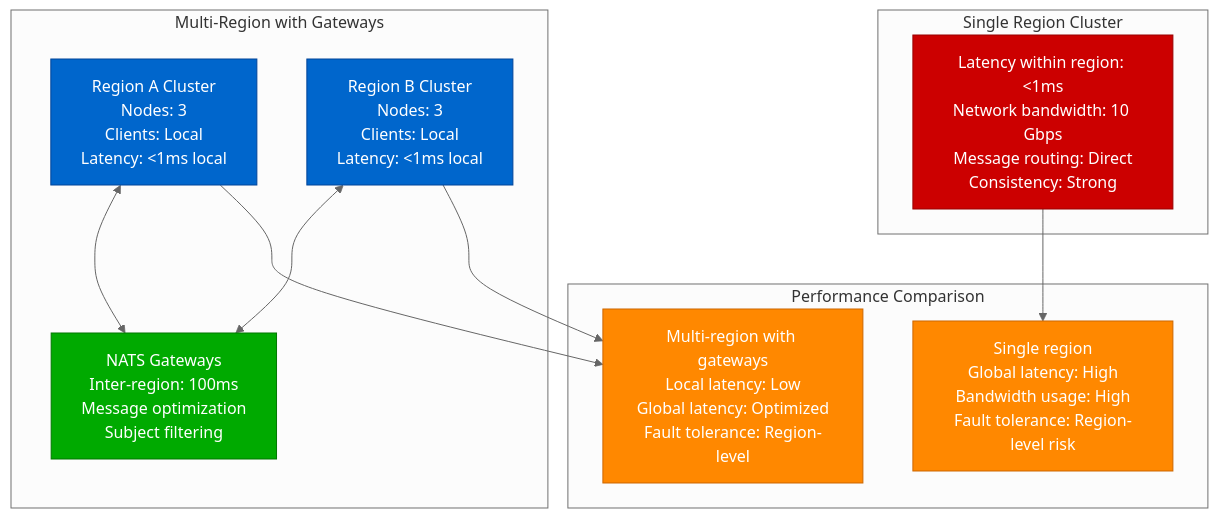
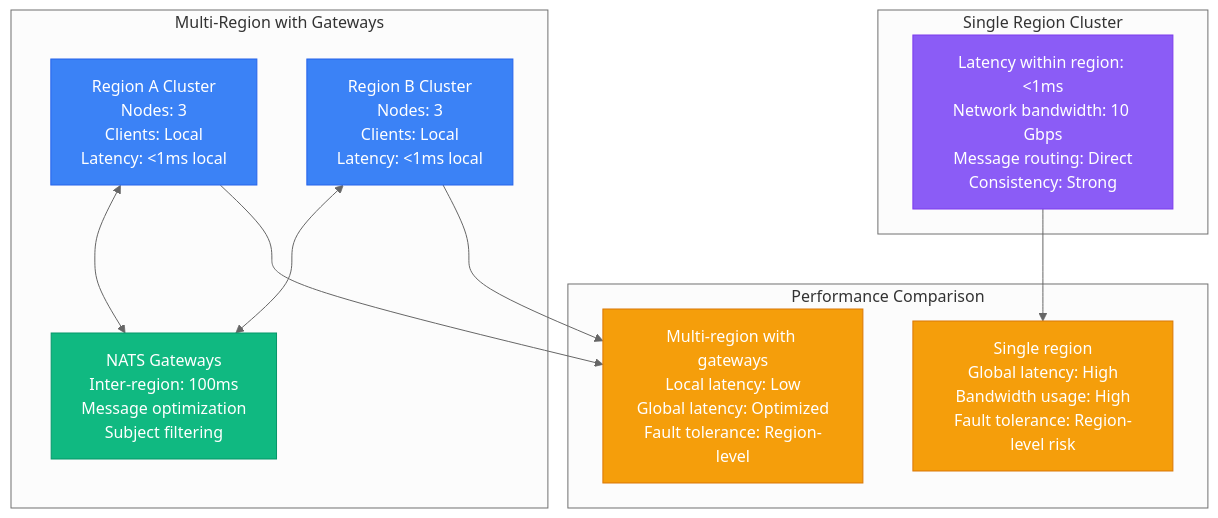
Before and after one commit to deepaucksharma/DS: the eighth of 13 diagrams in site/docs/performance/nats-performance-profile.md, drawn with Mermaid (neutral theme). The commit also changed other lines of this file and 303 other files, not shown here.

````diff
--- a/site/docs/performance/nats-performance-profile.md
+++ b/site/docs/performance/nats-performance-profile.md
@@ -271,37 +271,37 @@
 ```mermaid
 graph TB
     subgraph "Single Region Cluster"
         SR1[Latency within region: <1ms<br/>Network bandwidth: 10 Gbps<br/>Message routing: Direct<br/>Consistency: Strong]
     end
 
     subgraph "Multi-Region with Gateways"
         MR1[Region A Cluster<br/>Nodes: 3<br/>Clients: Local<br/>Latency: <1ms local]
 
         MR2[Region B Cluster<br/>Nodes: 3<br/>Clients: Local<br/>Latency: <1ms local]
 
         GW[NATS Gateways<br/>Inter-region: 100ms<br/>Message optimization<br/>Subject filtering]
 
         MR1 <--> GW
         MR2 <--> GW
     end
 
     subgraph "Performance Comparison"
         COMP1[Single region<br/>Global latency: High<br/>Bandwidth usage: High<br/>Fault tolerance: Region-level risk]
 
         COMP2[Multi-region with gateways<br/>Local latency: Low<br/>Global latency: Optimized<br/>Fault tolerance: Region-level]
     end
 
     SR1 --> COMP1
     MR1 --> COMP2
     MR2 --> COMP2
 
-    classDef singleStyle fill:#CC0000,stroke:#990000,color:#fff
-    classDef multiStyle fill:#0066CC,stroke:#004499,color:#fff
-    classDef gatewayStyle fill:#00AA00,stroke:#007700,color:#fff
-    classDef compStyle fill:#FF8800,stroke:#CC6600,color:#fff
+    classDef singleStyle fill:#8B5CF6,stroke:#7C3AED,color:#fff
+    classDef multiStyle fill:#3B82F6,stroke:#2563EB,color:#fff
+    classDef gatewayStyle fill:#10B981,stroke:#059669,color:#fff
+    classDef compStyle fill:#F59E0B,stroke:#D97706,color:#fff
 
     class SR1 singleStyle
     class MR1,MR2 multiStyle
     class GW gatewayStyle
     class COMP1,COMP2 compStyle
 ```
````
